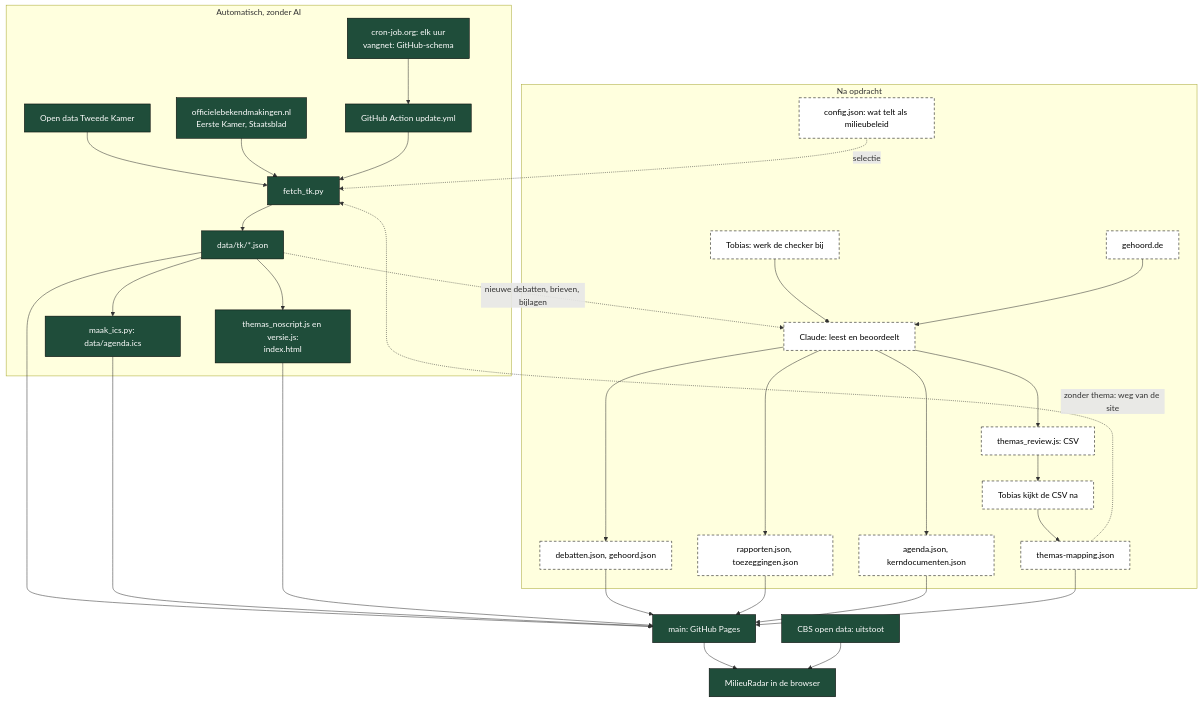
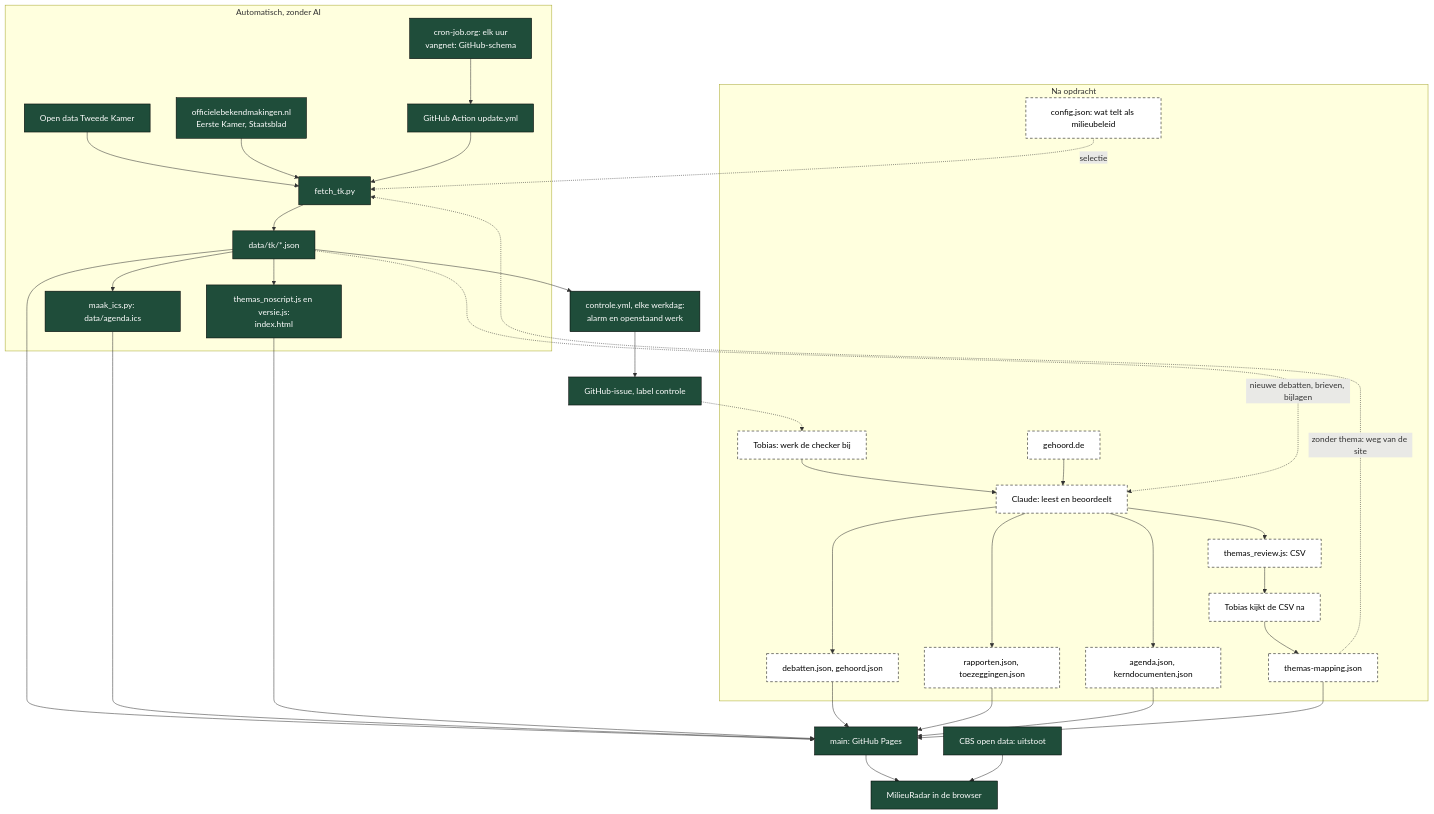
Before and after one commit to TobiasRaucher/milieubeleid-checker: the diagram in README.md, drawn with Mermaid. The commit also changed 4 other files, not shown here.

Commit message:
Controle: dagelijks issue met alarm en openstaand werk, zonder AI

````diff
--- a/README.md
+++ b/README.md
@@ -22,40 +22,43 @@
 ```mermaid
 flowchart TD
   subgraph AUTO["Automatisch, zonder AI"]
     CRON["cron-job.org: elk uur<br/>vangnet: GitHub-schema"] --> ACT["GitHub Action update.yml"]
     TK["Open data Tweede Kamer"] --> FETCH["fetch_tk.py"]
     OB["officielebekendmakingen.nl<br/>Eerste Kamer, Staatsblad"] --> FETCH
     ACT --> FETCH
     FETCH --> TKDATA["data/tk/*.json"]
     TKDATA --> ICS["maak_ics.py: data/agenda.ics"]
     TKDATA --> NOS["themas_noscript.js en versie.js:<br/>index.html"]
   end
   subgraph HAND["Na opdracht"]
     TOB["Tobias: werk de checker bij"] --> CL["Claude: leest en beoordeelt"]
     GEH["gehoord.de"] --> CL
     CL --> DEB["debatten.json, gehoord.json"]
     CL --> RAP["rapporten.json, toezeggingen.json"]
     CL --> AG["agenda.json, kerndocumenten.json"]
     CL --> REV["themas_review.js: CSV"]
     REV --> NAK["Tobias kijkt de CSV na"]
     NAK --> MAP["themas-mapping.json"]
     CFG["config.json: wat telt als milieubeleid"]
   end
   TKDATA -. "nieuwe debatten, brieven, bijlagen" .-> CL
   CFG -. "selectie" .-> FETCH
   MAP -. "zonder thema: weg van de site" .-> FETCH
   MAIN["main: GitHub Pages"]
   TKDATA --> MAIN
   ICS --> MAIN
   NOS --> MAIN
   DEB --> MAIN
   RAP --> MAIN
   AG --> MAIN
   MAP --> MAIN
   MAIN --> SITE["MilieuRadar in de browser"]
   CBS["CBS open data: uitstoot"] --> SITE
+  TKDATA --> CTRL["controle.yml, elke werkdag:<br/>alarm en openstaand werk"]
+  CTRL --> ISS["GitHub-issue, label controle"]
+  ISS -.-> TOB
   classDef auto fill:#1f4d3a,stroke:#000,color:#fff
   classDef hand fill:#fff,stroke:#000,color:#000,stroke-dasharray:5 4
-  class CRON,ACT,TK,OB,FETCH,TKDATA,ICS,NOS,MAIN,SITE,CBS auto
+  class CRON,ACT,TK,OB,FETCH,TKDATA,ICS,NOS,MAIN,SITE,CBS,CTRL,ISS auto
   class TOB,CL,GEH,DEB,RAP,AG,REV,NAK,MAP,CFG hand
 ```
````
